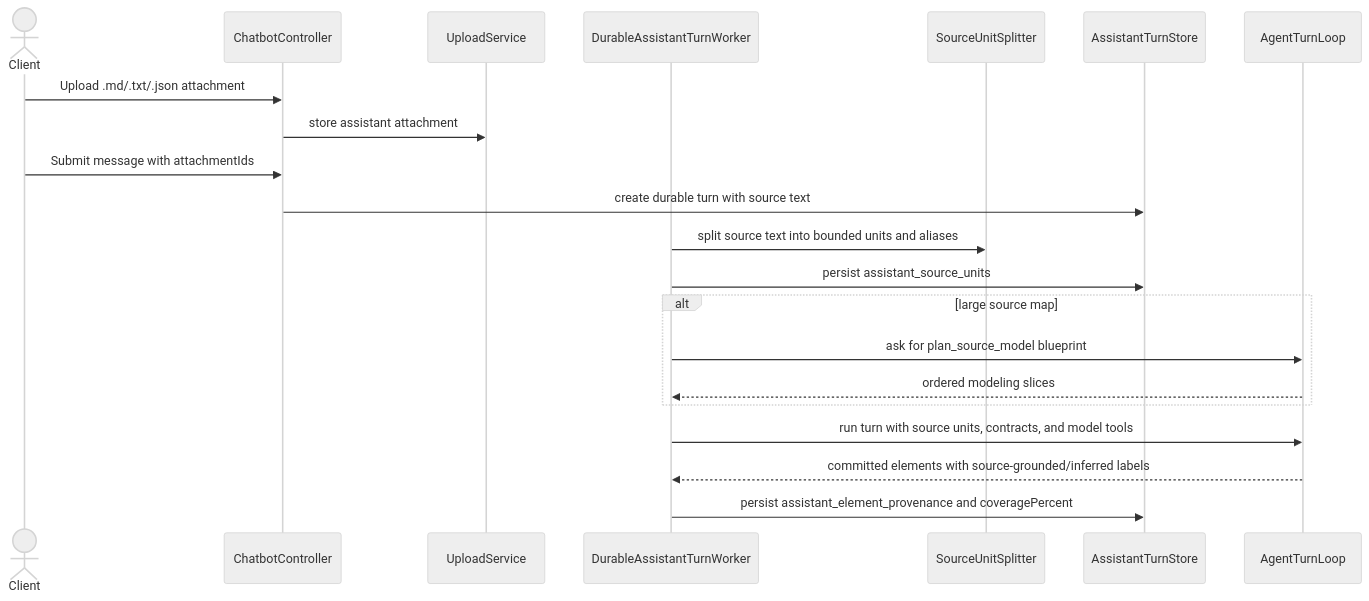
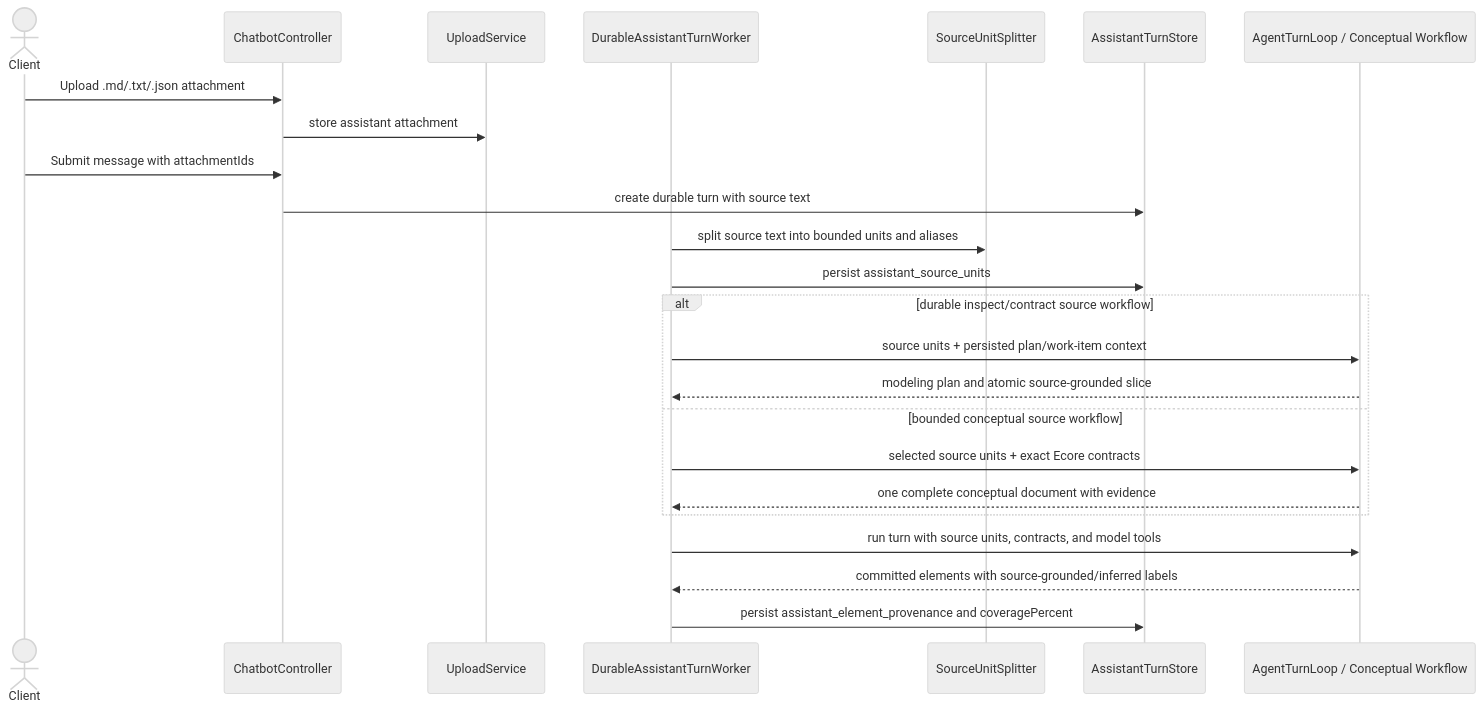
Before and after one commit to mehdieidi/modriss: the second of 3 diagrams in docs/diagrams/16-ai-assistant-rag-and-memory.md, drawn with Mermaid (neutral theme). The commit also changed other lines of this file and 66 other files, not shown here.

````diff
--- a/docs/diagrams/16-ai-assistant-rag-and-memory.md
+++ b/docs/diagrams/16-ai-assistant-rag-and-memory.md
@@ -21,24 +28,27 @@
 ```mermaid
 sequenceDiagram
     actor Client
     participant C as ChatbotController
     participant U as UploadService
     participant W as DurableAssistantTurnWorker
     participant S as SourceUnitSplitter
     participant T as AssistantTurnStore
-    participant A as AgentTurnLoop
+    participant A as AgentTurnLoop / Conceptual Workflow
 
     Client->>C: Upload .md/.txt/.json attachment
     C->>U: store assistant attachment
     Client->>C: Submit message with attachmentIds
     C->>T: create durable turn with source text
     W->>S: split source text into bounded units and aliases
     W->>T: persist assistant_source_units
-    alt large source map
-        W->>A: ask for plan_source_model blueprint
-        A-->>W: ordered modeling slices
+    alt durable inspect/contract source workflow
+        W->>A: source units + persisted plan/work-item context
+        A-->>W: modeling plan and atomic source-grounded slice
+    else bounded conceptual source workflow
+        W->>A: selected source units + exact Ecore contracts
+        A-->>W: one complete conceptual document with evidence
     end
     W->>A: run turn with source units, contracts, and model tools
     A-->>W: committed elements with source-grounded/inferred labels
     W->>T: persist assistant_element_provenance and coveragePercent
 ```
````
